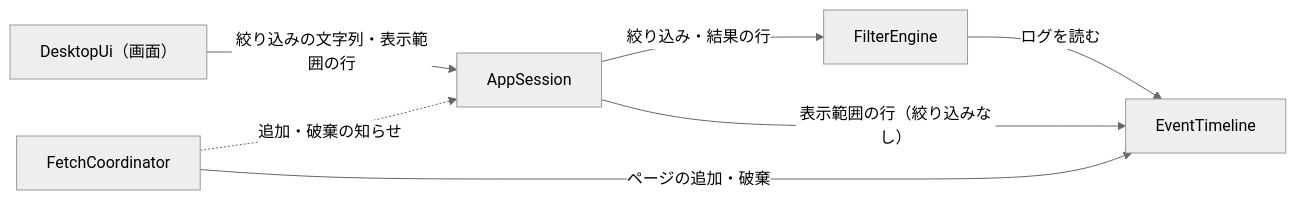
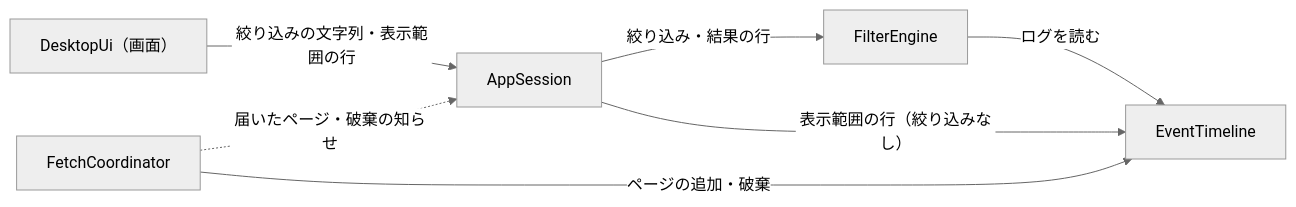
The first of 3 diagrams in aidlc/spaces/default/intents/261002-cwlogs-viewer/construction/u5-filter/functional-design/functional-spec.md (kdnakt/local-sights), drawn with Mermaid (neutral theme) before and after one commit. The commit also changed other lines of this file and 4 other files, not shown here.

````diff
--- a/aidlc/spaces/default/intents/261002-cwlogs-viewer/construction/u5-filter/functional-design/functional-spec.md
+++ b/aidlc/spaces/default/intents/261002-cwlogs-viewer/construction/u5-filter/functional-design/functional-spec.md
@@ -11,9 +11,9 @@
 ```mermaid
 graph LR
   UI["DesktopUi（画面）"] -->|絞り込みの文字列・表示範囲の行| AS["AppSession"]
   AS -->|絞り込み・結果の行| FE["FilterEngine"]
   FE -->|ログを読む| ET["EventTimeline"]
   AS -->|表示範囲の行（絞り込みなし）| ET
   FC["FetchCoordinator"] -->|ページの追加・破棄| ET
-  FC -.->|追加・破棄の知らせ| AS
+  FC -.->|届いたページ・破棄の知らせ| AS
 ```
````
